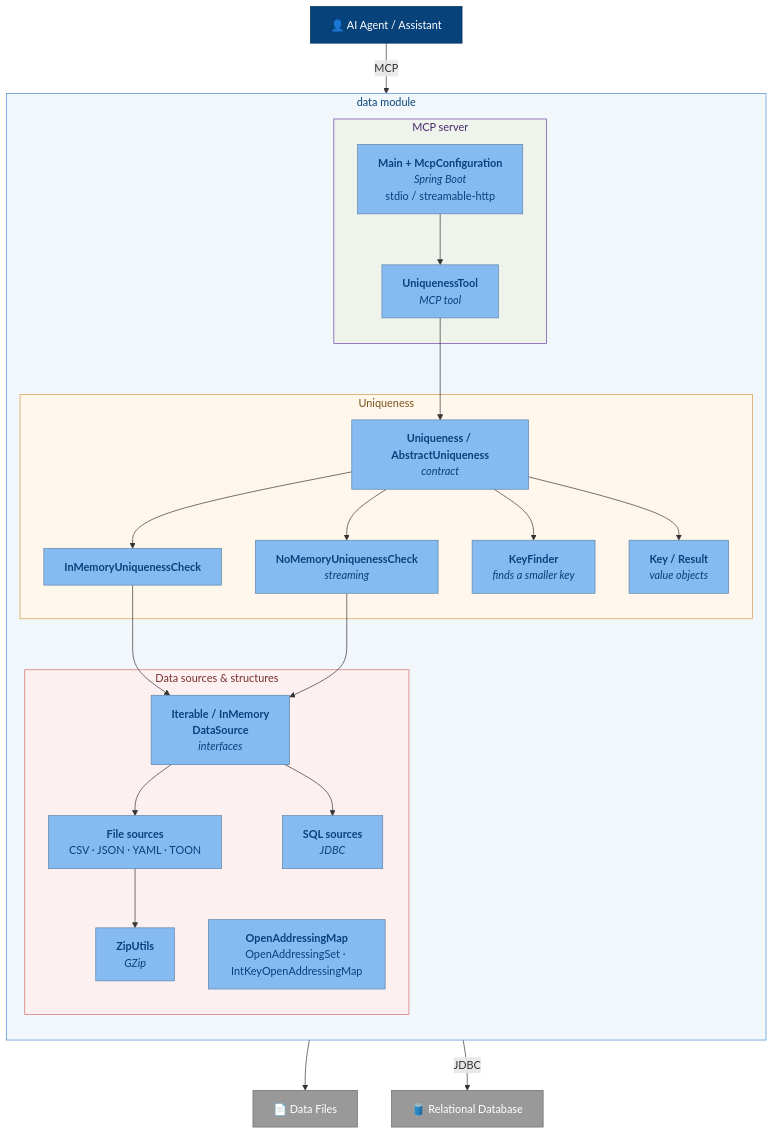
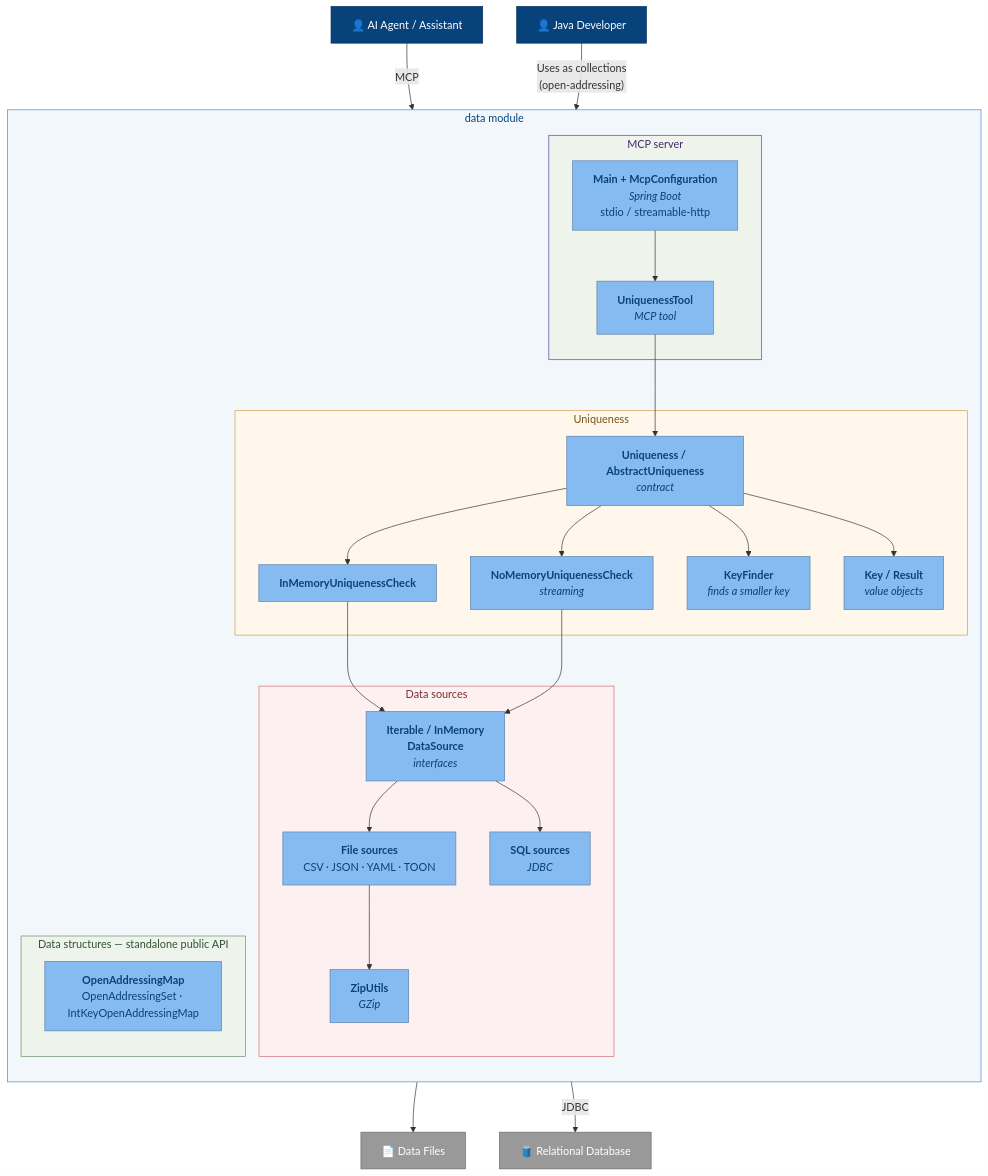
Before and after one commit to adamw7/tools: the third of 6 diagrams in docs/c4-architecture.md, drawn with Mermaid. The commit also changed other lines of this file, not shown here.

First line of the commit message:
docs(c4): add mcp-common, protogen & k8s deployment views; fix data diagram (#377)

````diff
--- a/docs/c4-architecture.md
+++ b/docs/c4-architecture.md
@@ -126,58 +130,64 @@
 ```mermaid
 flowchart TB
     agent["👤 AI Agent / Assistant"]
+    dev["👤 Java Developer"]
 
     subgraph data ["data module"]
         direction TB
 
         subgraph mcpLayer ["MCP server"]
             mcpMain["<b>Main + McpConfiguration</b><br/><i>Spring Boot</i><br/>stdio / streamable-http"]
             uniqTool["<b>UniquenessTool</b><br/><i>MCP tool</i>"]
         end
 
         subgraph uniq ["Uniqueness"]
             uniqApi["<b>Uniqueness / AbstractUniqueness</b><br/><i>contract</i>"]
             inMem["<b>InMemoryUniquenessCheck</b>"]
             noMem["<b>NoMemoryUniquenessCheck</b><br/><i>streaming</i>"]
             keyFinder["<b>KeyFinder</b><br/><i>finds a smaller key</i>"]
             result["<b>Key / Result</b><br/><i>value objects</i>"]
         end
 
-        subgraph srcs ["Data sources & structures"]
+        subgraph srcs ["Data sources"]
             srcIfc["<b>Iterable / InMemory<br/>DataSource</b><br/><i>interfaces</i>"]
             fileSrc["<b>File sources</b><br/>CSV · JSON · YAML · TOON"]
             dbSrc["<b>SQL sources</b><br/><i>JDBC</i>"]
             compression["<b>ZipUtils</b><br/><i>GZip</i>"]
+        end
+
+        subgraph struct ["Data structures — standalone public API"]
             structure["<b>OpenAddressingMap</b><br/>OpenAddressingSet · IntKeyOpenAddressingMap"]
         end
     end
 
     db["🛢️ Relational Database"]
     files["📄 Data Files"]
 
     agent -->|"MCP"| mcpMain
     mcpMain --> uniqTool
     uniqTool --> uniqApi
     uniqApi --> inMem
     uniqApi --> noMem
     uniqApi --> keyFinder
     uniqApi --> result
     inMem --> srcIfc
     noMem --> srcIfc
     srcIfc --> fileSrc
     srcIfc --> dbSrc
     fileSrc --> compression
     fileSrc --> files
     dbSrc -->|"JDBC"| db
+    dev -->|"Uses as collections<br/>(open-addressing)"| structure
 
     classDef person fill:#08427b,stroke:#052e56,color:#fff
     classDef comp fill:#85bbf0,stroke:#5d82a8,color:#08427b
     classDef ext fill:#999999,stroke:#6b6b6b,color:#fff
-    class agent person
+    class agent,dev person
     class mcpMain,uniqTool,uniqApi,inMem,noMem,keyFinder,result,srcIfc,fileSrc,dbSrc,compression,structure comp
     class db,files ext
     style data fill:#f2f7fc,stroke:#438dd5,color:#08427b
     style mcpLayer fill:#eef4ec,stroke:#6b3fa0,color:#46296b
     style uniq fill:#fff7ec,stroke:#d59a43,color:#7a5418
     style srcs fill:#fdf0f0,stroke:#d56b6b,color:#7a3030
+    style struct fill:#eef4ec,stroke:#6b8e6b,color:#2f5230
 ```
````
